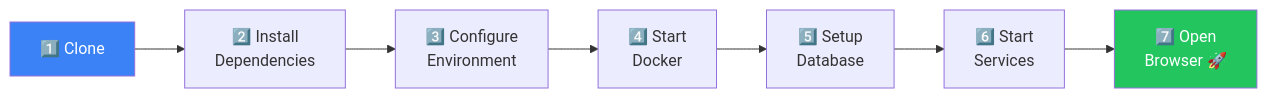
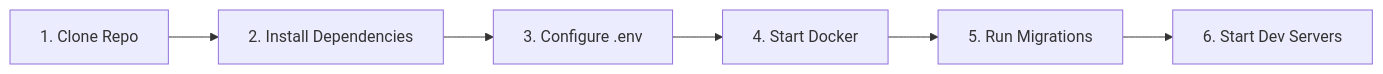
The seventh of 10 diagrams in README.md (sivaganesh7/DevCodeX64), drawn with Mermaid before and after one commit. The commit also changed other lines of this file, not shown here.

````diff
--- a/README.md
+++ b/README.md
@@ -388,12 +332,8 @@
 ```mermaid
 flowchart LR
-    A["1️⃣ Clone"] --> B["2️⃣ Install<br/>Dependencies"]
-    B --> C["3️⃣ Configure<br/>Environment"]
-    C --> D["4️⃣ Start<br/>Docker"]
-    D --> E["5️⃣ Setup<br/>Database"]
-    E --> F["6️⃣ Start<br/>Services"]
-    F --> G["7️⃣ Open<br/>Browser 🚀"]
-
-    style A fill:#3b82f6,color:#fff
-    style G fill:#22c55e,color:#fff
+    Step1["1. Clone Repo"] --> Step2["2. Install Dependencies"]
+    Step2 --> Step3["3. Configure .env"]
+    Step3 --> Step4["4. Start Docker"]
+    Step4 --> Step5["5. Run Migrations"]
+    Step5 --> Step6["6. Start Dev Servers"]
 ```
````
